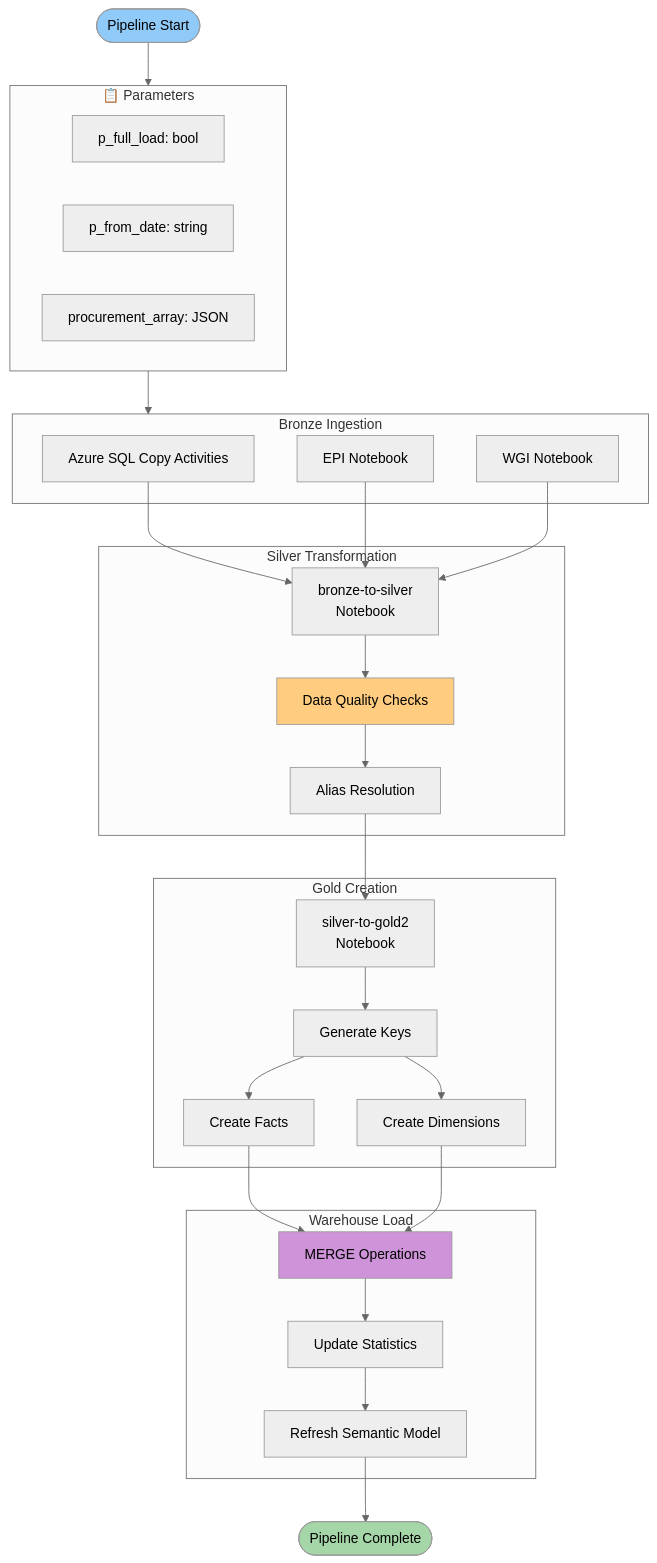
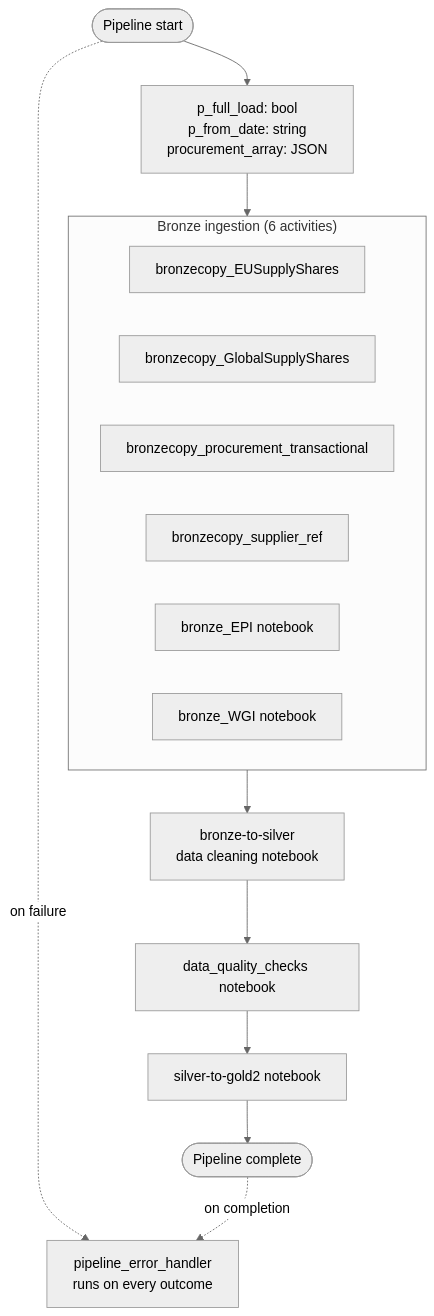
One commit to erikemilsson/OEMMatInsightBI changed the second of 4 diagrams in docs/architecture/data-flow-diagram.md. Above: the diagram before and after it, drawn with Mermaid (neutral theme). The commit also changed other lines of this file and 4 other files, not shown here.

````diff
--- a/docs/architecture/data-flow-diagram.md
+++ b/docs/architecture/data-flow-diagram.md
@@ -92,59 +85,25 @@
 ```mermaid
 flowchart TB
-    Start([Pipeline Start])
+    Start([Pipeline start])
+    Params[p_full_load: bool<br/>p_from_date: string<br/>procurement_array: JSON]
 
-    subgraph Params["📋 Parameters"]
-        P1[p_full_load: bool]
-        P2[p_from_date: string]
-        P3[procurement_array: JSON]
+    subgraph Bronze["Bronze ingestion (6 activities)"]
+        BC1[bronzecopy_EUSupplyShares]
+        BC2[bronzecopy_GlobalSupplyShares]
+        BC3[bronzecopy_procurement_transactional]
+        BC4[bronzecopy_supplier_ref]
+        BE[bronze_EPI notebook]
+        BW[bronze_WGI notebook]
     end
 
-    subgraph Bronze["Bronze Ingestion"]
-        B1[Azure SQL Copy Activities]
-        B2[EPI Notebook]
-        B3[WGI Notebook]
-    end
+    BS[bronze-to-silver<br/>data cleaning notebook]
+    DQ[data_quality_checks notebook]
+    SG[silver-to-gold2 notebook]
+    EH[pipeline_error_handler<br/>runs on every outcome]
+    End([Pipeline complete])
 
-    subgraph Silver["Silver Transformation"]
-        S1[bronze-to-silver<br/>Notebook]
-        S2[Data Quality Checks]
-        S3[Alias Resolution]
-    end
-
-    subgraph Gold["Gold Creation"]
-        G1[silver-to-gold2<br/>Notebook]
-        G2[Generate Keys]
-        G3[Create Facts]
-        G4[Create Dimensions]
-    end
-
-    subgraph Load["Warehouse Load"]
-        L1[MERGE Operations]
-        L2[Update Statistics]
-        L3[Refresh Semantic Model]
-    end
-
-    End([Pipeline Complete])
-
-    Start --> Params
-    Params --> Bronze
-    B1 --> S1
-    B2 --> S1
-    B3 --> S1
-    S1 --> S2
-    S2 --> S3
-    S3 --> G1
-    G1 --> G2
-    G2 --> G3
-    G2 --> G4
-    G3 --> L1
-    G4 --> L1
-    L1 --> L2
-    L2 --> L3
-    L3 --> End
-
-    style Start fill:#90caf9
-    style End fill:#a5d6a7
-    style S2 fill:#ffcc80
-    style L1 fill:#ce93d8
+    Start --> Params --> Bronze
+    Bronze --> BS --> DQ --> SG --> End
+    Start -.on failure.-> EH
+    End -.on completion.-> EH
 ```
````
